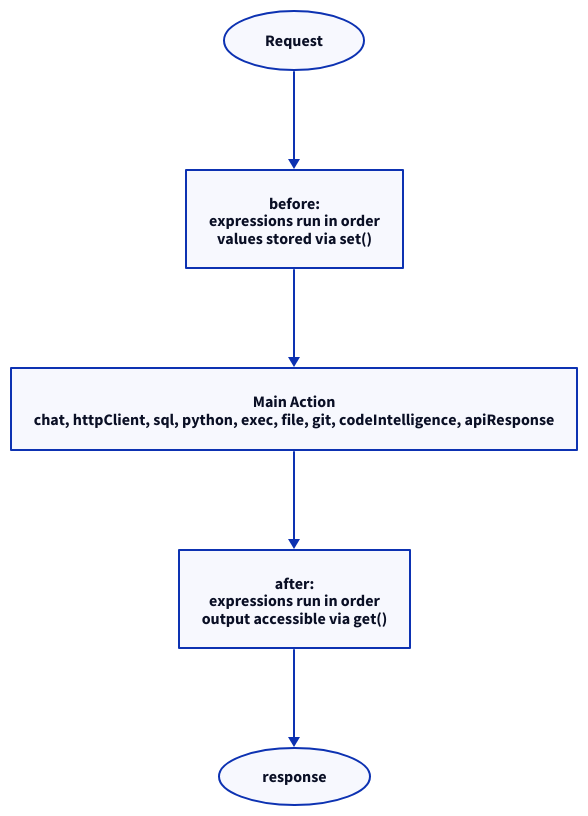
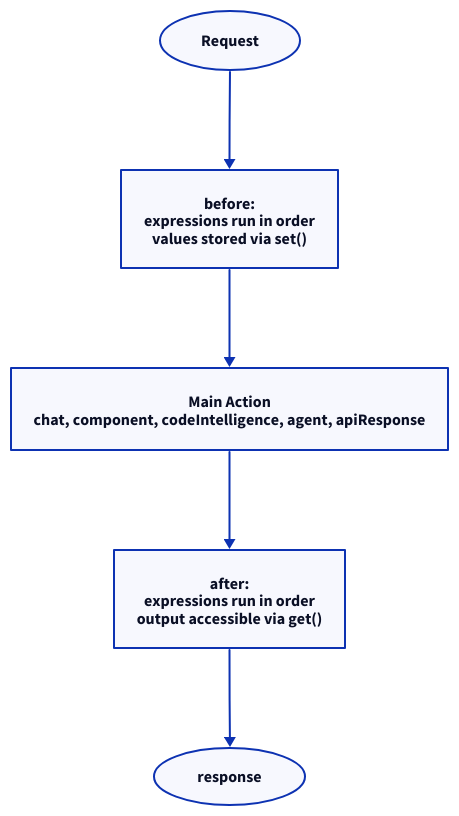
The diagram in docs/v2/reference/expr-blocks.md (kdeps/kdeps), drawn with D2 before and after one commit. The commit also changed other lines of this file and 53 other files, not shown here.

````diff
--- a/docs/v2/reference/expr-blocks.md
+++ b/docs/v2/reference/expr-blocks.md
@@ -107,11 +111,11 @@
 ```d2
 direction: down
 
 A: Request {shape: oval}
 B: "before:\nexpressions run in order\nvalues stored via set()"
-C: "Main Action\nchat, httpClient, sql, python, exec, file, git, codeIntelligence, apiResponse"
+C: "Main Action\nchat, component, codeIntelligence, agent, apiResponse"
 D: "after:\nexpressions run in order\noutput accessible via get()"
 E: response {shape: oval}
 
 A -> B -> C -> D -> E
 ```
````
